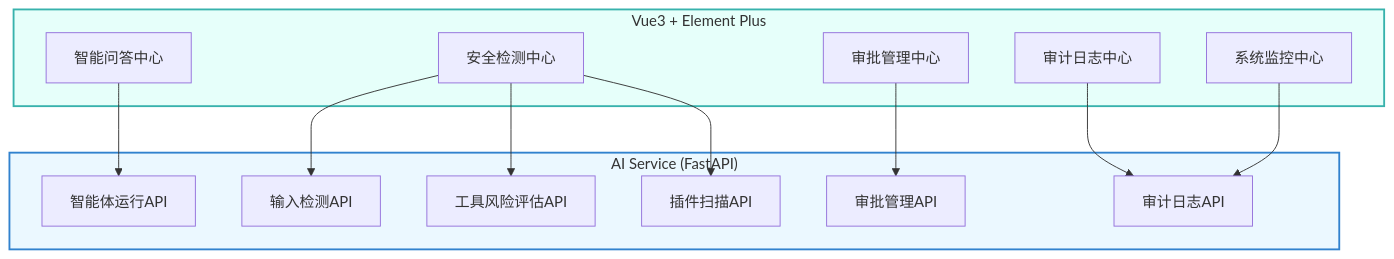
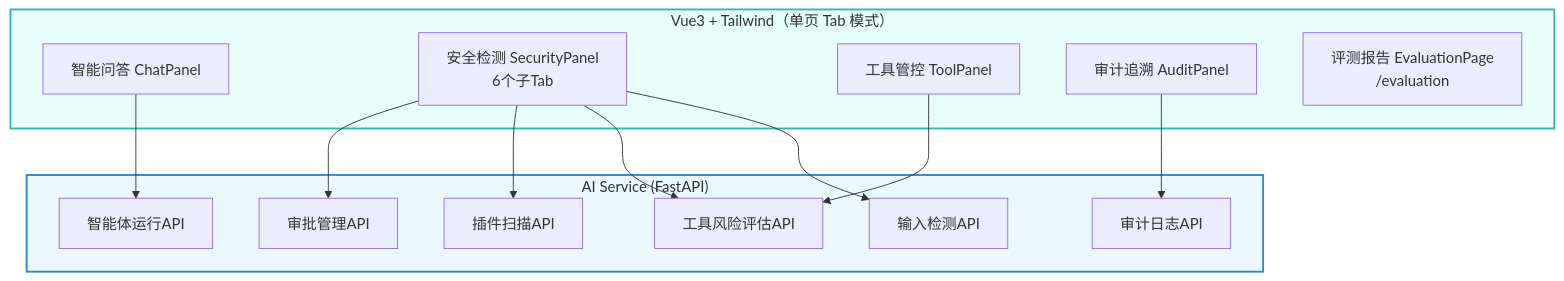
The diagram in .trae/documents/TechnicalArchitecture.md (Hiprumm/Gov-Com-safeagent), drawn with Mermaid before and after one commit. The commit also changed other lines of this file and 69 other files, not shown here.

````diff
--- a/.trae/documents/TechnicalArchitecture.md
+++ b/.trae/documents/TechnicalArchitecture.md
@@ -5,30 +7,30 @@
 ```mermaid
 flowchart TB
-    subgraph Frontend ["Vue3 + Element Plus"]
-        A[智能问答中心]
-        B[安全检测中心]
-        C[审批管理中心]
-        D[审计日志中心]
-        E[系统监控中心]
+    subgraph Frontend ["Vue3 + Tailwind（单页 Tab 模式）"]
+        A[智能问答 ChatPanel]
+        B[安全检测 SecurityPanel<br/>6个子Tab]
+        T[工具管控 ToolPanel]
+        D[审计追溯 AuditPanel]
+        EV[评测报告 EvaluationPage<br/>/evaluation]
     end
     
     subgraph Backend ["AI Service (FastAPI)"]
         F[输入检测API]
         G[工具风险评估API]
         H[智能体运行API]
         I[审批管理API]
         J[插件扫描API]
         K[审计日志API]
     end
     
     A --> H
     B --> F
     B --> G
     B --> J
-    C --> I
+    B --> I
+    T --> G
     D --> K
-    E --> K
     
     style Frontend fill:#e6fffa,stroke:#38b2ac,stroke-width:2px
     style Backend fill:#ebf8ff,stroke:#3182ce,stroke-width:2px
 ```
````
